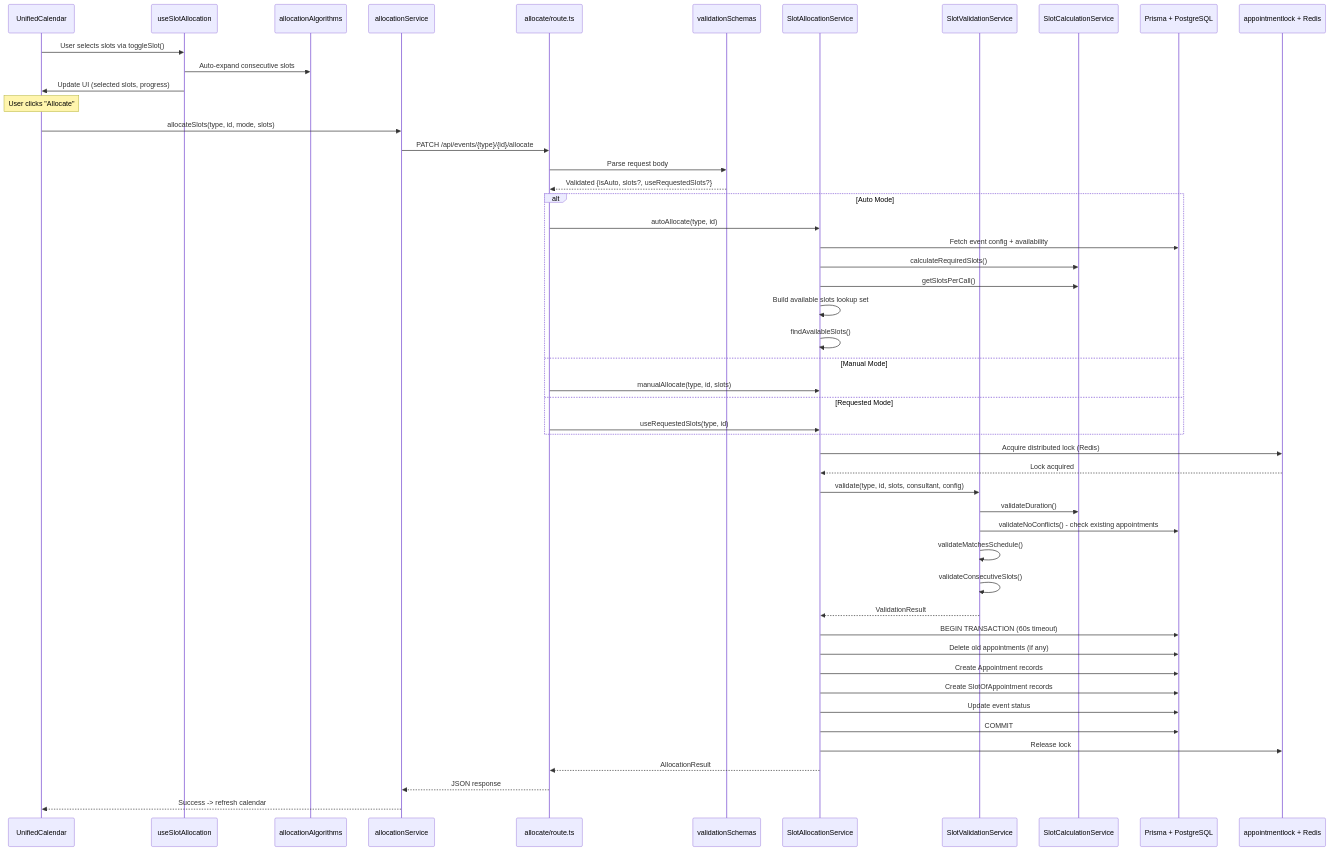
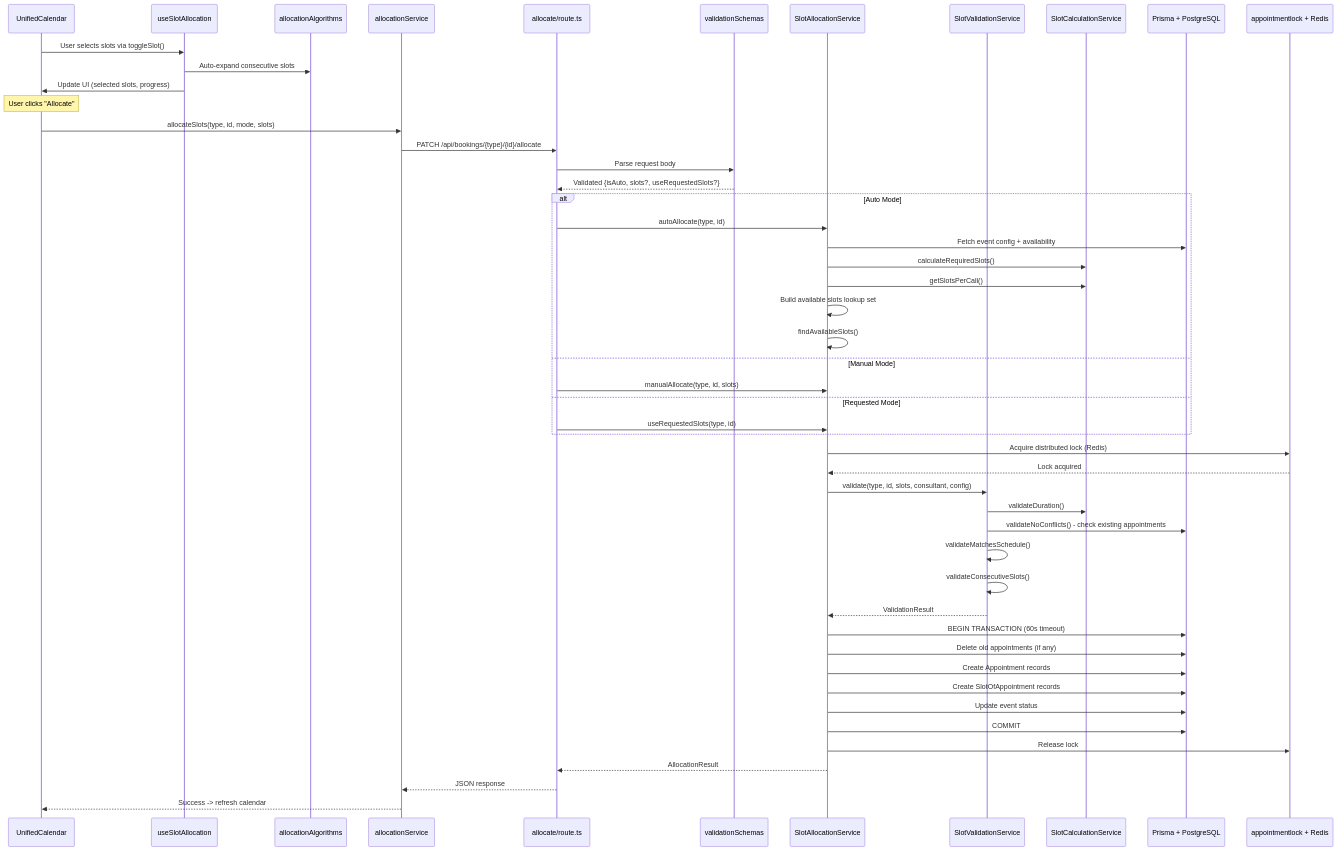
The fifth of 8 diagrams in docs/booking/06-dependency-graphs.md (Practitionist/familiarise_web), drawn with Mermaid before and after one commit. The commit also changed other lines of this file and 56 other files, not shown here.

````diff
--- a/docs/booking/06-dependency-graphs.md
+++ b/docs/booking/06-dependency-graphs.md
@@ -181,61 +181,61 @@
 ```mermaid
 sequenceDiagram
   participant UC as UnifiedCalendar
   participant USA as useSlotAllocation
   participant AA as allocationAlgorithms
   participant AS as allocationService
   participant API as allocate/route.ts
   participant ZOD as validationSchemas
   participant SAS as SlotAllocationService
   participant SVS as SlotValidationService
   participant SCS as SlotCalculationService
   participant DB as Prisma + PostgreSQL
   participant LOCK as appointmentlock + Redis
 
   UC->>USA: User selects slots via toggleSlot()
   USA->>AA: Auto-expand consecutive slots
   USA->>UC: Update UI (selected slots, progress)
 
   Note over UC: User clicks "Allocate"
 
   UC->>AS: allocateSlots(type, id, mode, slots)
-  AS->>API: PATCH /api/events/{type}/{id}/allocate
+  AS->>API: PATCH /api/bookings/{type}/{id}/allocate
 
   API->>ZOD: Parse request body
   ZOD-->>API: Validated {isAuto, slots?, useRequestedSlots?}
 
   alt Auto Mode
     API->>SAS: autoAllocate(type, id)
     SAS->>DB: Fetch event config + availability
     SAS->>SCS: calculateRequiredSlots()
     SAS->>SCS: getSlotsPerCall()
     SAS->>SAS: Build available slots lookup set
     SAS->>SAS: findAvailableSlots()
   else Manual Mode
     API->>SAS: manualAllocate(type, id, slots)
   else Requested Mode
     API->>SAS: useRequestedSlots(type, id)
   end
 
   SAS->>LOCK: Acquire distributed lock (Redis)
   LOCK-->>SAS: Lock acquired
 
   SAS->>SVS: validate(type, id, slots, consultant, config)
   SVS->>SCS: validateDuration()
   SVS->>DB: validateNoConflicts() - check existing appointments
   SVS->>SVS: validateMatchesSchedule()
   SVS->>SVS: validateConsecutiveSlots()
   SVS-->>SAS: ValidationResult
 
   SAS->>DB: BEGIN TRANSACTION (60s timeout)
   SAS->>DB: Delete old appointments (if any)
   SAS->>DB: Create Appointment records
   SAS->>DB: Create SlotOfAppointment records
   SAS->>DB: Update event status
   SAS->>DB: COMMIT
 
   SAS->>LOCK: Release lock
   SAS-->>API: AllocationResult
   API-->>AS: JSON response
   AS-->>UC: Success -> refresh calendar
 ```
````
